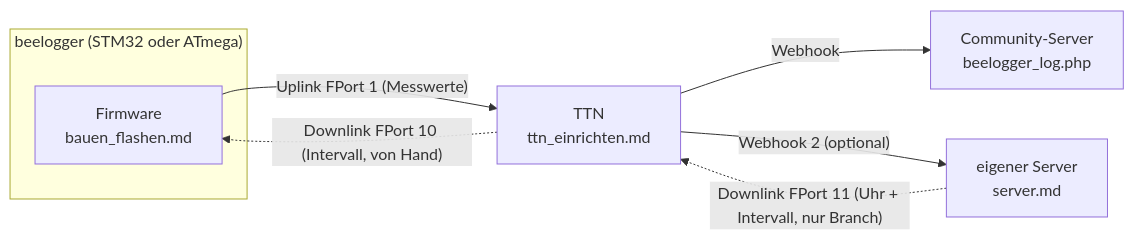
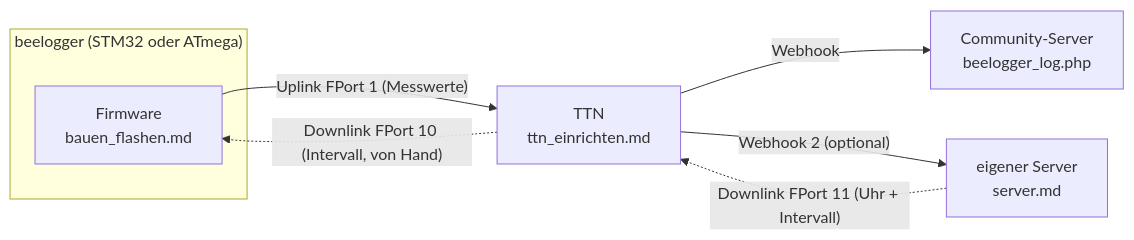
The diagram in README.md (desiue/beelogger-stm32), drawn with Mermaid before and after one commit. The commit also changed other lines of this file and 1 other file, not shown here.

Commit message:
Pages-Workflow auf main; README: Stand main nach Merge von PR #1

````diff
--- a/README.md
+++ b/README.md
@@ -9,11 +9,11 @@
 ```mermaid
 flowchart LR
   subgraph Logger["beelogger (STM32 oder ATmega)"]
     F[Firmware<br/>bauen_flashen.md]
   end
   F -->|"Uplink FPort 1 (Messwerte)"| T[TTN<br/>ttn_einrichten.md]
   T -->|Webhook| C[Community-Server<br/>beelogger_log.php]
   T -->|"Webhook 2 (optional)"| E[eigener Server<br/>server.md]
   T -.->|"Downlink FPort 10 (Intervall, von Hand)"| F
-  E -.->|"Downlink FPort 11 (Uhr + Intervall, nur Branch)"| T
+  E -.->|"Downlink FPort 11 (Uhr + Intervall)"| T
 ```
````
